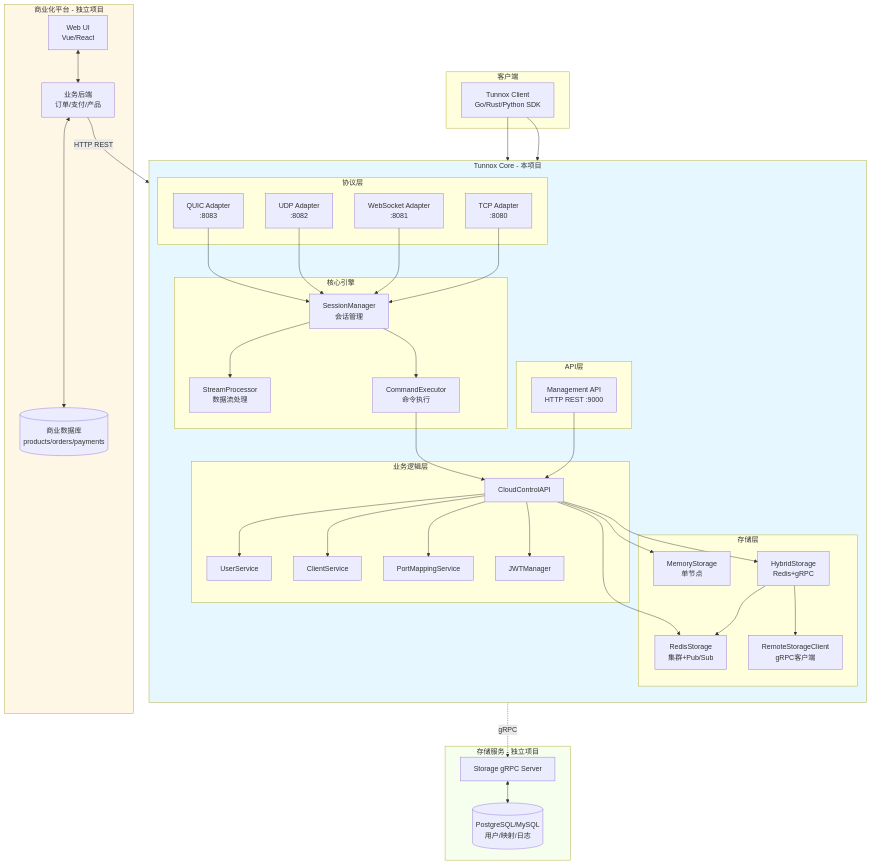
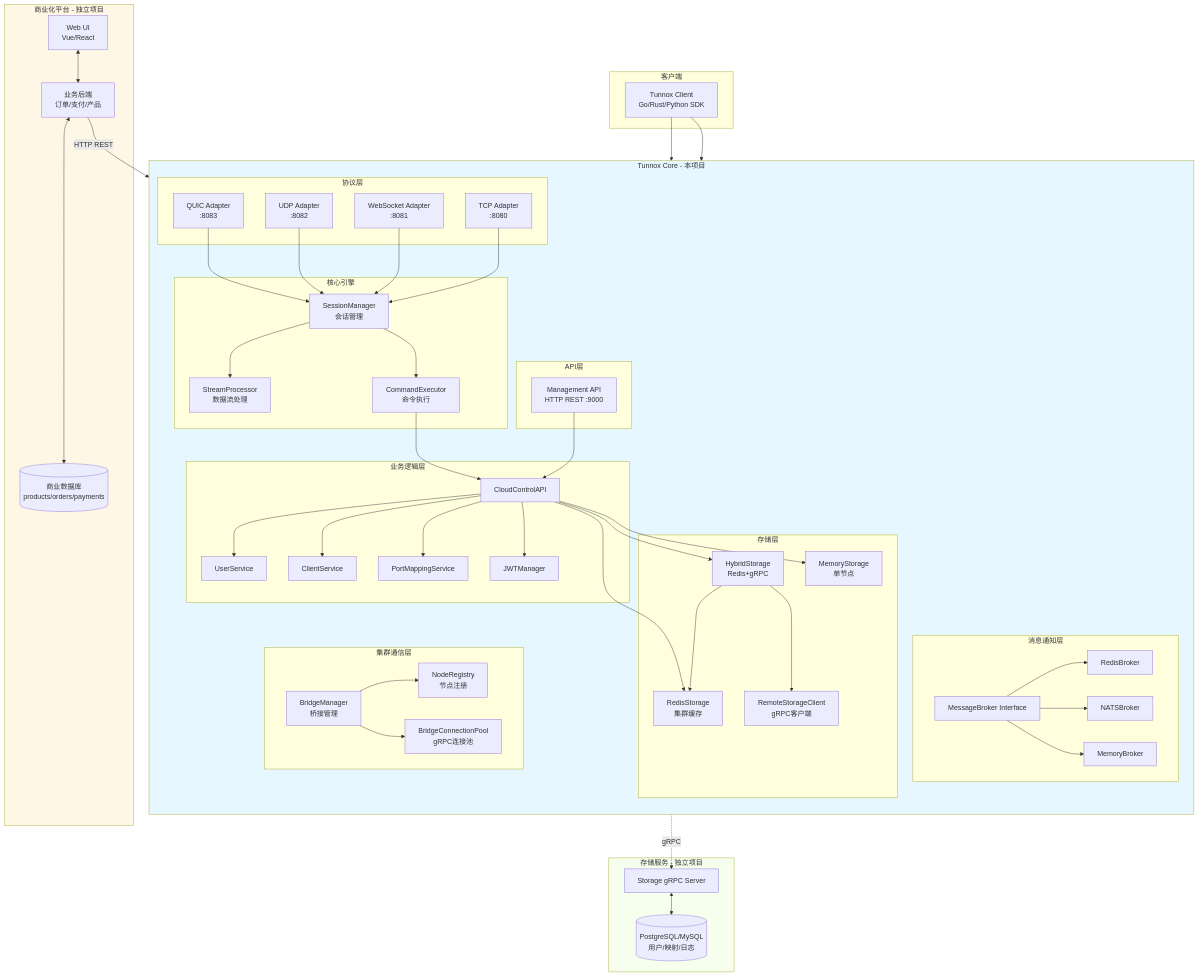
Before and after one commit to tunnox-net/tunnox-core: the eighth of 42 diagrams in docs/ARCHITECTURE_DESIGN_V2.2.md, drawn with Mermaid. The commit also changed other lines of this file, not shown here.

First line of the commit message:
feat: 增加 MessageBroker 抽象层和 BridgeConnectionPool 连接池设计

```diff
--- a/docs/ARCHITECTURE_DESIGN_V2.2.md
+++ b/docs/ARCHITECTURE_DESIGN_V2.2.md
@@ -336,12 +338,32 @@
         
         subgraph 存储层
             MemStorage[MemoryStorage<br/>单节点]
-            RedisStorage[RedisStorage<br/>集群+Pub/Sub]
+            RedisStorage[RedisStorage<br/>集群缓存]
             HybridStorage[HybridStorage<br/>Redis+gRPC]
             RemoteClient[RemoteStorageClient<br/>gRPC客户端]
             
             HybridStorage --> RedisStorage
             HybridStorage --> RemoteClient
+        end
+        
+        subgraph 消息通知层
+            MsgBroker[MessageBroker Interface]
+            RedisBroker[RedisBroker]
+            NATSBroker[NATSBroker]
+            MemBroker[MemoryBroker]
+            
+            MsgBroker --> RedisBroker
+            MsgBroker --> NATSBroker
+            MsgBroker --> MemBroker
+        end
+        
+        subgraph 集群通信层
+            NodeRegistry[NodeRegistry<br/>节点注册]
+            BridgePool[BridgeConnectionPool<br/>gRPC连接池]
+            BridgeMgr[BridgeManager<br/>桥接管理]
+            
+            BridgeMgr --> BridgePool
+            BridgeMgr --> NodeRegistry
         end
         
         ManagementAPI --> CloudControl
```
